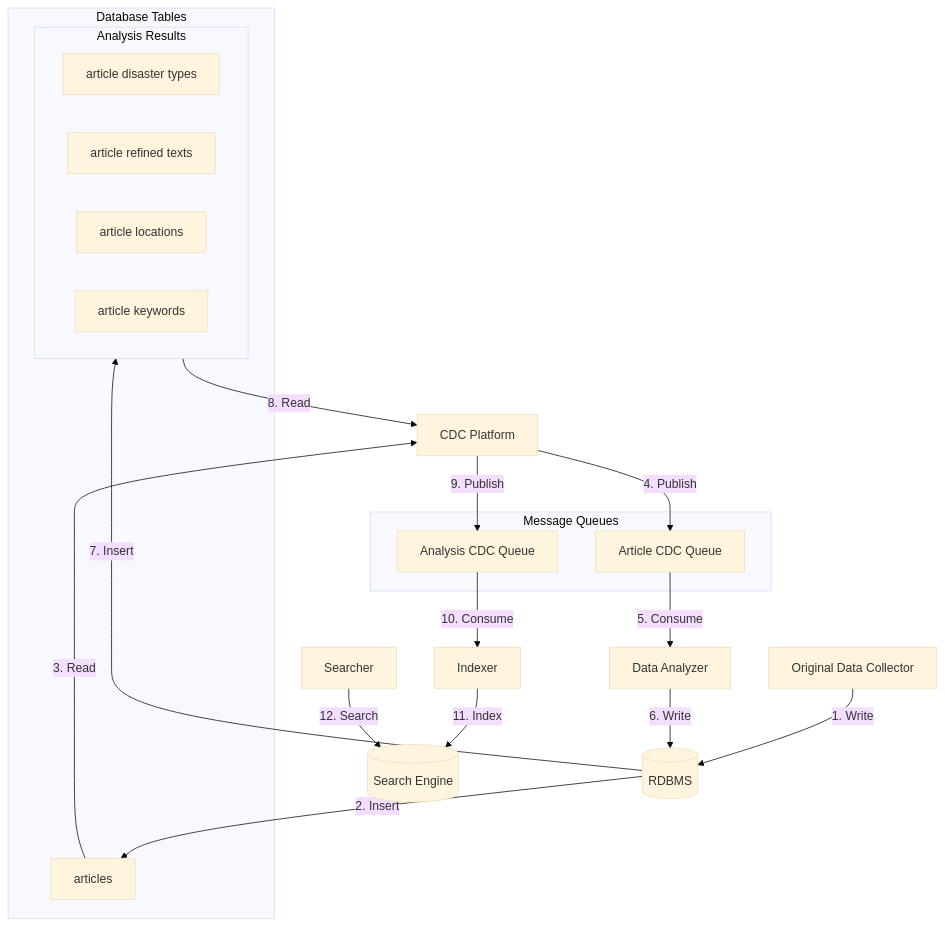
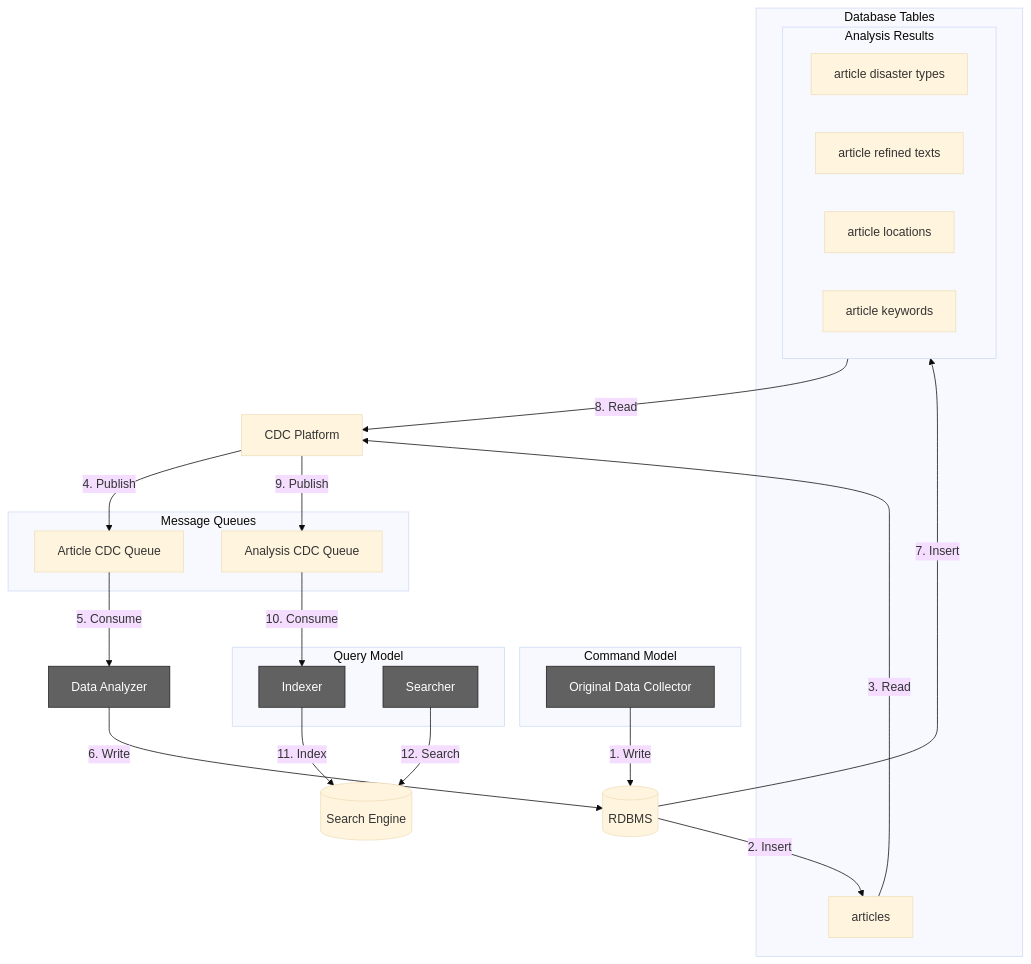
The first of 2 diagrams in README.md (vonkernel/local-incident-tracker), drawn with Mermaid (base theme) before and after one commit. The commit also changed other lines of this file and 17 other files, not shown here.

First line of the commit message:
Refactor documentation with improved diagrams and scripts (#20)

````diff
--- a/README.md
+++ b/README.md
@@ -23,41 +23,50 @@
 ```mermaid
 flowchart TD
 
-    ODC[Original Data Collector]
+    subgraph Command [Command Model]
+        ODC[Original Data Collector]
+    end
+
+    DA[Data Analyzer]
+
+    subgraph Query [Query Model]
+        IDX[Indexer]
+        SRCH[Searcher]
+    end
+
     RDBMS[(RDBMS)]
     CDC[CDC Platform]
-    
+    SE[(Search Engine)]
+
     subgraph Storage [Database Tables]
         articles[articles]
         subgraph Analysis_Tables [Analysis Results]
             ADT[article disaster types]
             ART[article refined texts]
             AL[article locations]
             AK[article keywords]
         end
     end
-    
+
     subgraph Queues [Message Queues]
         AnaQ[Analysis CDC Queue]
         ArtQ[Article CDC Queue]
     end
-    
-    DA[Data Analyzer]
-    IDX[Indexer]
-    SE[(Search Engine)]
-    SRCH[Searcher]
 
     %% Flow connections
     ODC -- "1. Write" --> RDBMS
     RDBMS -- "2. Insert" --> articles
     articles -- "3. Read" --> CDC
     CDC -- "4. Publish" --> ArtQ
     ArtQ -- "5. Consume" --> DA
     DA -- "6. Write" --> RDBMS
     RDBMS -- "7. Insert" --> Analysis_Tables
     Analysis_Tables -- "8. Read" --> CDC
     CDC -- "9. Publish" --> AnaQ
     AnaQ -- "10. Consume" --> IDX
     IDX -- "11. Index" --> SE
     SRCH -- "12. Search" --> SE
+
+    classDef app fill:#616161,stroke:#212121,color:#fff
+    class ODC,DA,IDX,SRCH app
 ```
````
